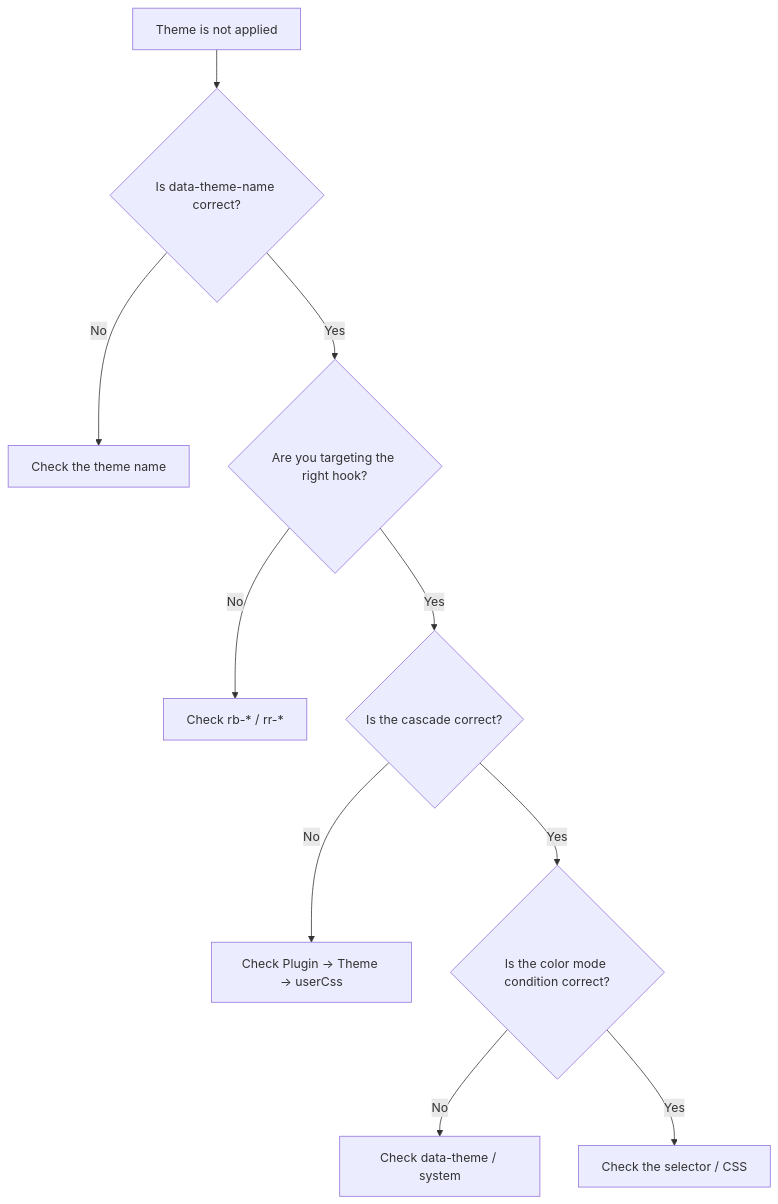
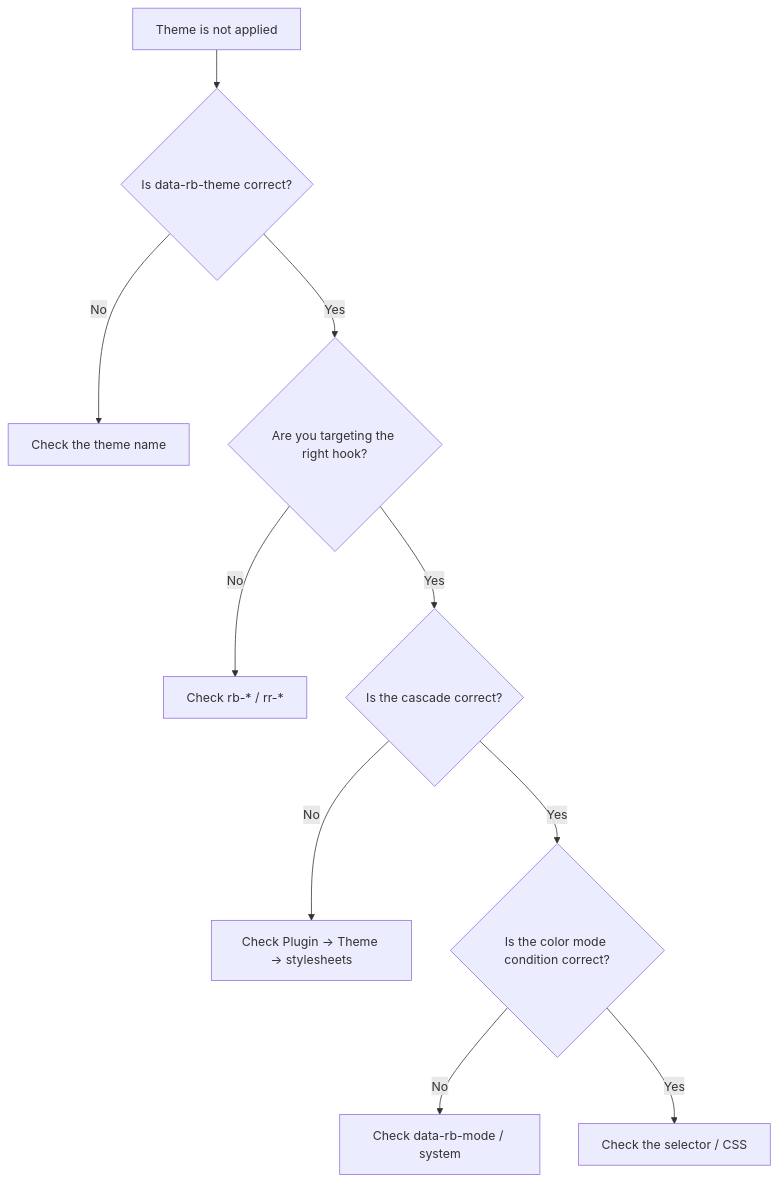
One commit to Rerurate514/riebeckite changed the second of 2 diagrams in docs/docs/framework/theme-system/css.md. Above: the diagram before and after it, drawn with Mermaid. The commit also changed other lines of this file and 99 other files, not shown here.

````diff
--- a/docs/docs/framework/theme-system/css.md
+++ b/docs/docs/framework/theme-system/css.md
@@ -151,17 +151,17 @@
 ```mermaid
 flowchart TD
     Start["Theme is not applied"]
 
-    Start --> Name{"Is data-theme-name correct?"}
+    Start --> Name{"Is data-rb-theme correct?"}
     Name -->|No| FixName["Check the theme name"]
     Name -->|Yes| Hook{"Are you targeting the right hook?"}
 
     Hook -->|No| FixHook["Check rb-* / rr-*"]
     Hook -->|Yes| Cascade{"Is the cascade correct?"}
 
-    Cascade -->|No| FixCascade["Check Plugin → Theme → userCss"]
+    Cascade -->|No| FixCascade["Check Plugin → Theme → stylesheets"]
     Cascade -->|Yes| Mode{"Is the color mode condition correct?"}
 
-    Mode -->|No| FixMode["Check data-theme / system"]
+    Mode -->|No| FixMode["Check data-rb-mode / system"]
     Mode -->|Yes| CSS["Check the selector / CSS"]
 ```
````
